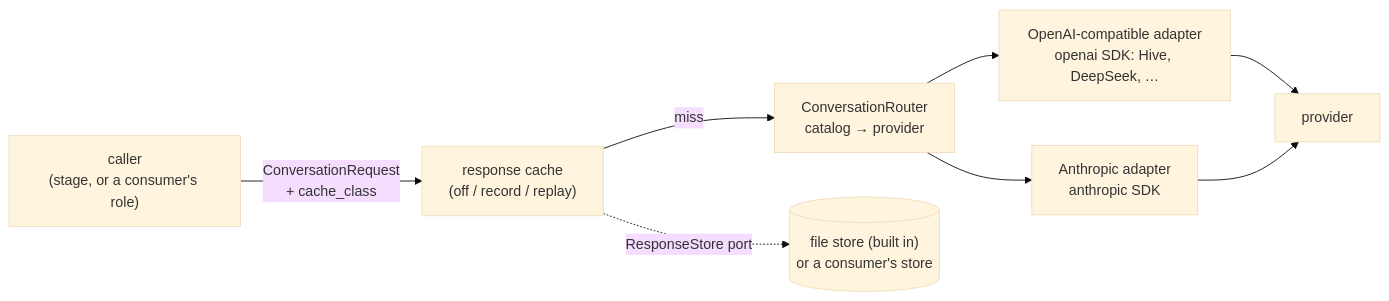
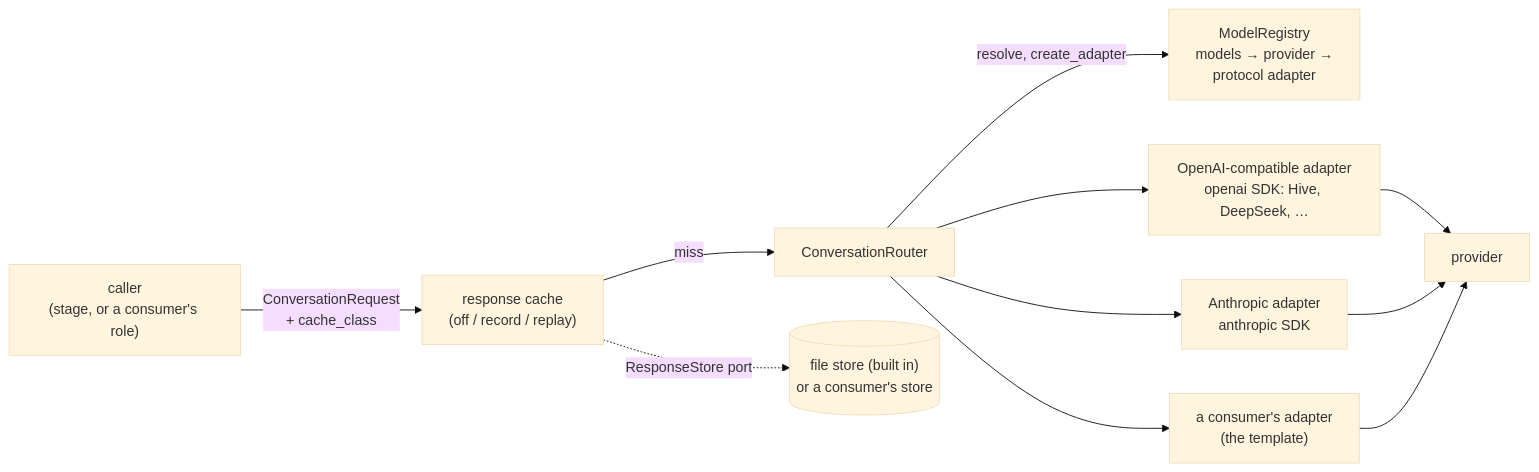
Before and after one commit to edyhtan/framekit: the fifth of 5 diagrams in docs/ARCHITECTURE.md, drawn with Mermaid (base theme). The commit also changed other lines of this file and 17 other files, not shown here.

````diff
--- a/docs/ARCHITECTURE.md
+++ b/docs/ARCHITECTURE.md
@@ -199,10 +201,13 @@
 ```mermaid
 flowchart LR
     R["caller<br/>(stage, or a consumer's role)"] -- "ConversationRequest<br/>+ cache_class" --> C["response cache<br/>(off / record / replay)"]
-    C -- "miss" --> RT["ConversationRouter<br/>catalog → provider"]
+    C -- "miss" --> RT["ConversationRouter"]
     C -. "ResponseStore port" .-> FS[("file store (built in)<br/>or a consumer's store")]
+    RT -- "resolve, create_adapter" --> REG["ModelRegistry<br/>models → provider →<br/>protocol adapter"]
     RT --> F1["OpenAI-compatible adapter<br/>openai SDK: Hive, DeepSeek, …"]
     RT --> F2["Anthropic adapter<br/>anthropic SDK"]
+    RT --> F3["a consumer's adapter<br/>(the template)"]
     F1 --> P["provider"]
     F2 --> P
+    F3 --> P
 ```
````
